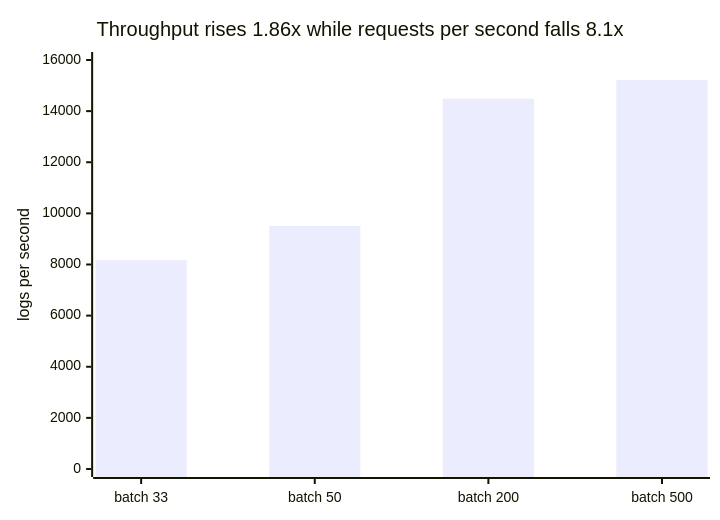
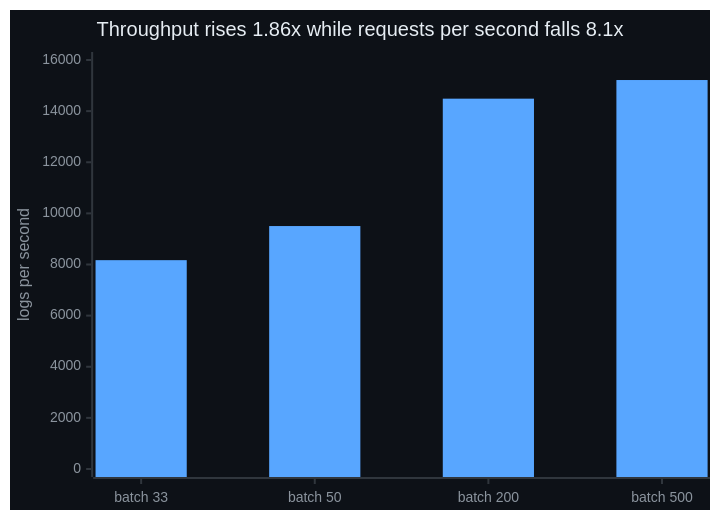
The fifth of 6 diagrams in docs/RESULTS.md (QutaibaAbualrob/foothill_logs_server), drawn with Mermaid before and after one commit. The commit also changed other lines of this file and 5 other files, not shown here.

````diff
--- a/docs/RESULTS.md
+++ b/docs/RESULTS.md
@@ -438,7 +442,8 @@
 ```mermaid
+%%{init: {"theme":"base","themeVariables":{"xyChart":{"backgroundColor":"#0D1117","titleColor":"#E6EDF3","xAxisLabelColor":"#8B949E","xAxisTitleColor":"#8B949E","xAxisTickColor":"#30363D","xAxisLineColor":"#30363D","yAxisLabelColor":"#8B949E","yAxisTitleColor":"#8B949E","yAxisTickColor":"#30363D","yAxisLineColor":"#30363D","plotColorPalette":"#58A6FF,#F0883E"}}}}%%
 xychart-beta
     title "Throughput rises 1.86x while requests per second falls 8.1x"
     x-axis ["batch 33", "batch 50", "batch 200", "batch 500"]
     y-axis "logs per second" 0 --> 16000
     bar [8169.8, 9504.1, 14487.4, 15216.6]
 ```
````
